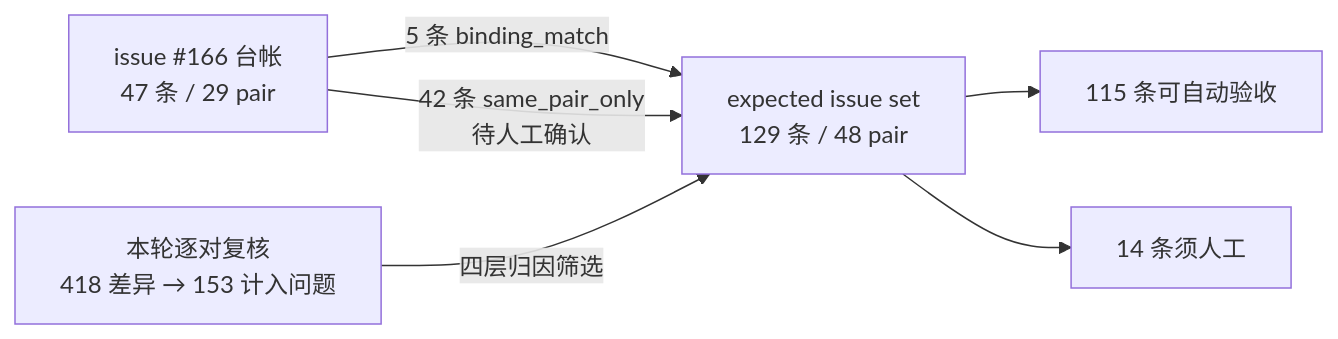
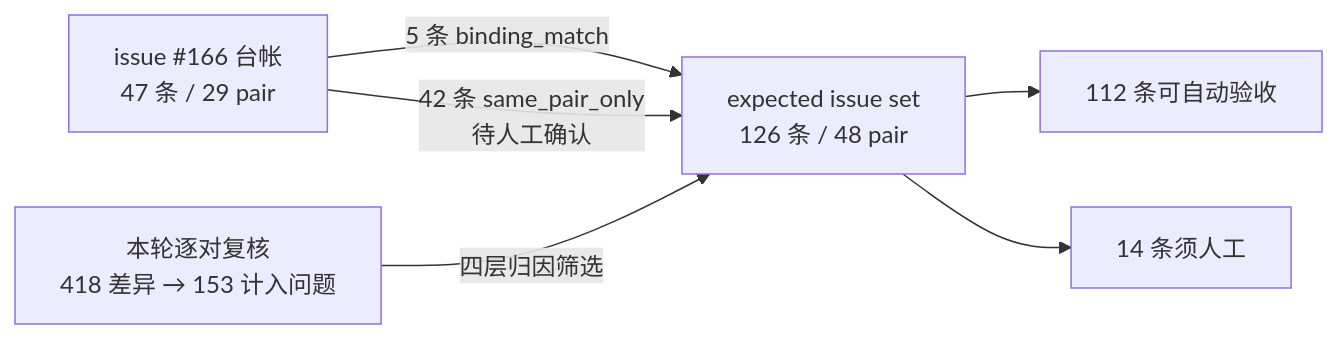
One commit to HansBug/research_ideas changed the diagram in project_1_llm_state_machine_modeling/eval/discover_matrix/manual_review/eis_issue/coverage.md. Above: the diagram before and after it, drawn with Mermaid. The commit also changed 25 other files, not shown here.

````diff
--- a/project_1_llm_state_machine_modeling/eval/discover_matrix/manual_review/eis_issue/coverage.md
+++ b/project_1_llm_state_machine_modeling/eval/discover_matrix/manual_review/eis_issue/coverage.md
@@ -33,9 +33,9 @@
 ```mermaid
 flowchart LR
     A["issue #166 台帐<br/>47 条 / 29 pair"] -->|"5 条 binding_match"| C
     A -->|"42 条 same_pair_only<br/>待人工确认"| C
     B["本轮逐对复核<br/>418 差异 → 153 计入问题"] -->|"四层归因筛选"| C
-    C["expected issue set<br/>129 条 / 48 pair"]
-    C --> D["115 条可自动验收"]
+    C["expected issue set<br/>126 条 / 48 pair"]
+    C --> D["112 条可自动验收"]
     C --> E["14 条须人工"]
 ```
````
